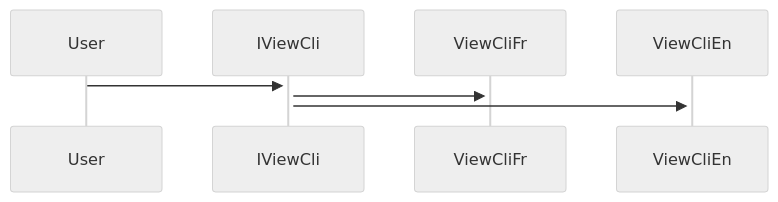
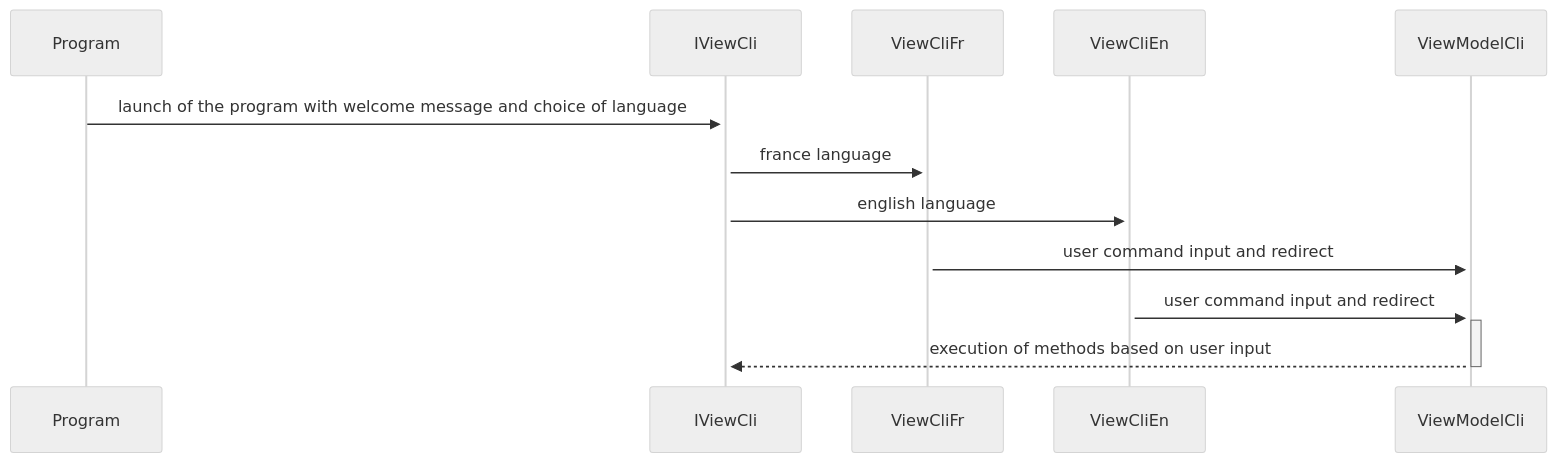
The diagram in DiagSequences/DiagSequenceView.md (mboss7/CesiProgSys), drawn with Mermaid (neutral theme) before and after one commit.

Commit message:
commit diag sequence view

````diff
--- a/DiagSequences/DiagSequenceView.md
+++ b/DiagSequences/DiagSequenceView.md
@@ -3,7 +3,10 @@
 ```mermaid
-sequenceDiagram
-User->>+IViewCli: 
-IViewCli->>+ViewCliFr: 
-IViewCli->>+ViewCliEn: 
- 
+sequenceDiagram 
+Program->>+IViewCli: launch of the program with welcome message and choice of language
+IViewCli->>+ViewCliFr: france language
+IViewCli->>+ViewCliEn: english language
+ViewCliFr->>+ViewModelCli: user command input and redirect
+ViewCliEn->>+ViewModelCli: user command input and redirect
+ViewModelCli-->>-IViewCli: execution of methods based on user input
+
 ```
````
